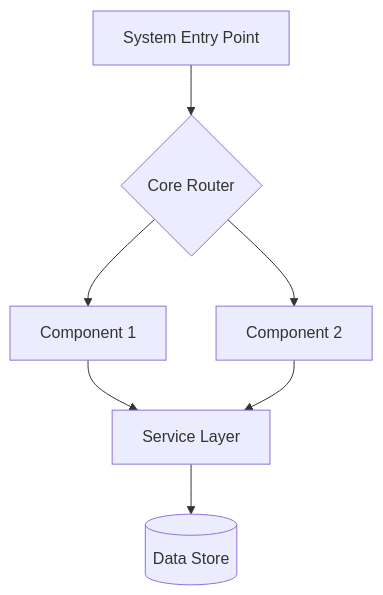
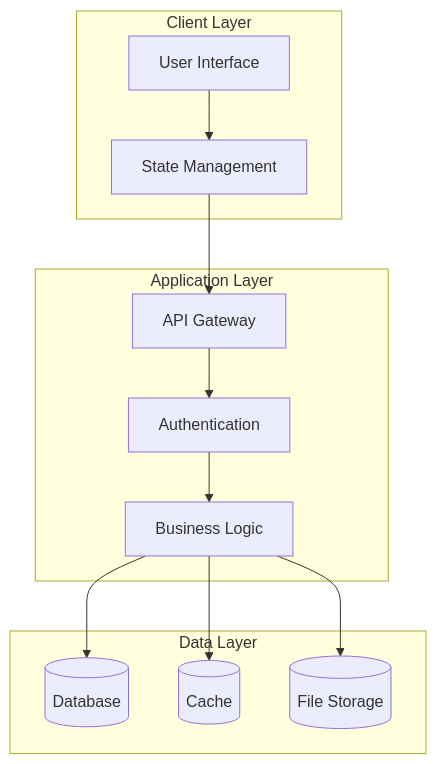
Before and after one commit to xincheng213618/OpenDeepWiki: the first of 9 diagrams in src/KoalaWiki/Prompts/Warehouse/GenerateDocsApplications.md, drawn with Mermaid. The commit also changed other lines of this file and 31 other files, not shown here.

````diff
--- a/src/KoalaWiki/Prompts/Warehouse/GenerateDocsApplications.md
+++ b/src/KoalaWiki/Prompts/Warehouse/GenerateDocsApplications.md
@@ -79,9 +141,27 @@
 ```mermaid
-graph TD
-    A[System Entry Point] --> B{Core Router}
-    B --> C[Component 1]
-    B --> D[Component 2]
-    C --> E[Service Layer]
-    D --> E
-    E --> F[(Data Store)]
+graph TB
+    subgraph "Client Layer"
+        UI[User Interface]
+        STATE[State Management]
+    end
+    
+    subgraph "Application Layer"
+        API[API Gateway]
+        AUTH[Authentication]
+        BL[Business Logic]
+    end
+    
+    subgraph "Data Layer"
+        DB[(Database)]
+        CACHE[(Cache)]
+        FILES[(File Storage)]
+    end
+    
+    UI --> STATE
+    STATE --> API
+    API --> AUTH
+    AUTH --> BL
+    BL --> DB
+    BL --> CACHE
+    BL --> FILES
 ```
````
